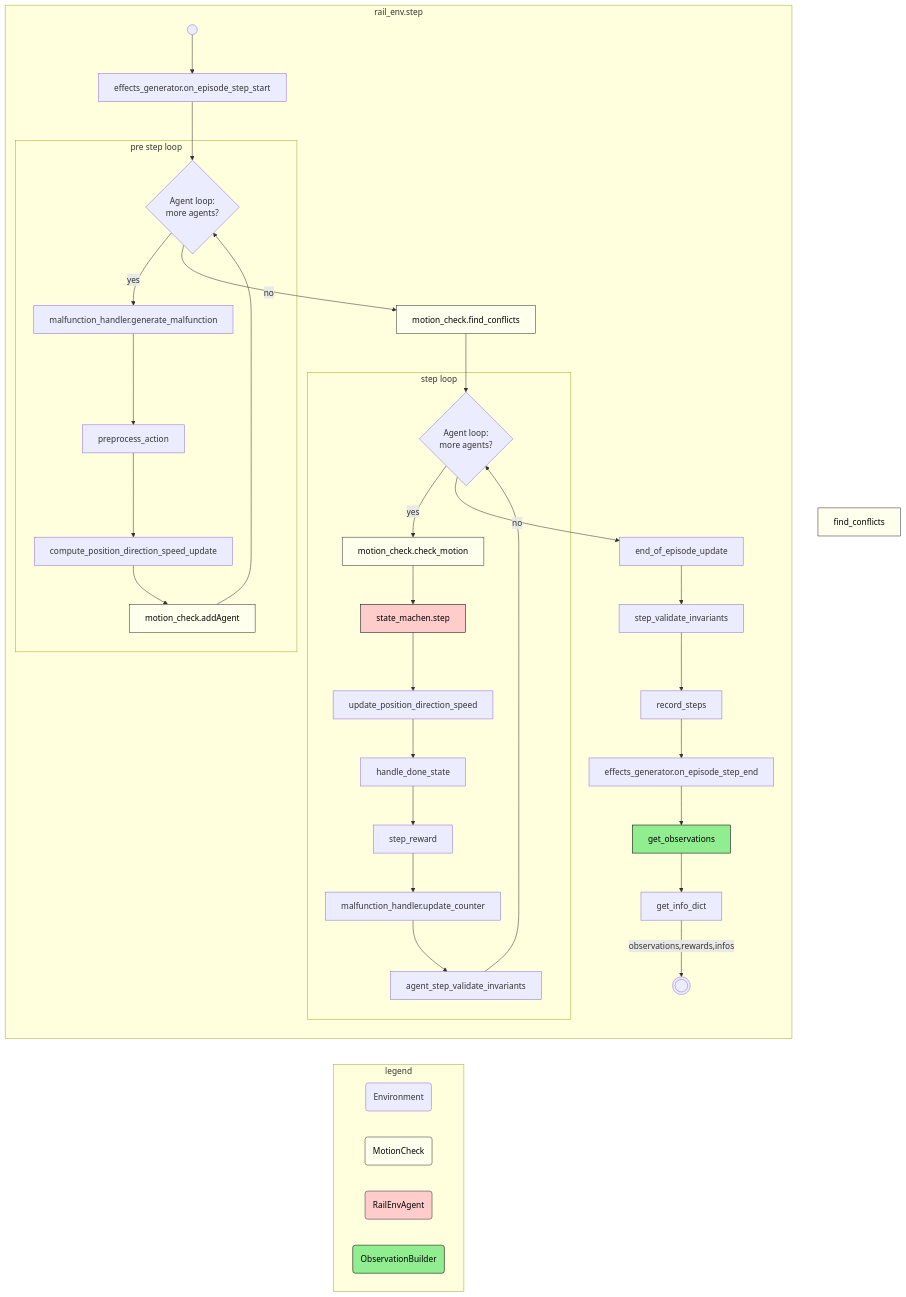
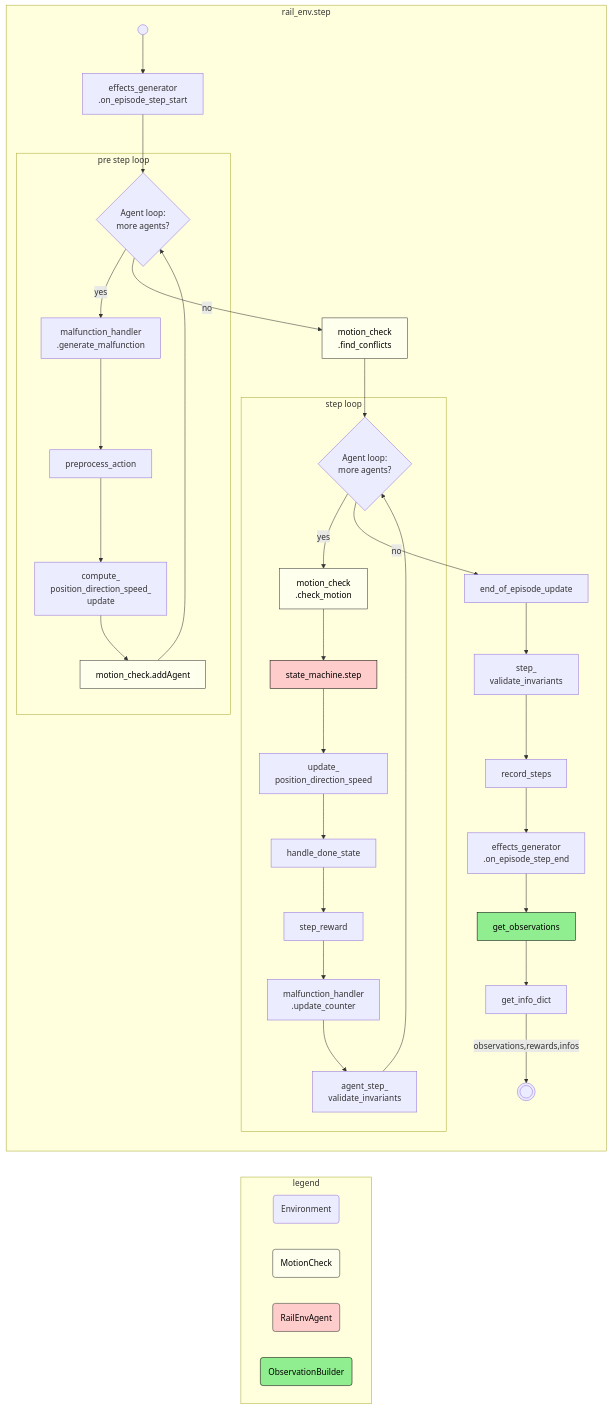
One commit to flatland-association/flatland-book changed the fourth of 5 diagrams in key-concepts/key_concepts.md. Above: the diagram before and after it, drawn with Mermaid. The commit also changed other lines of this file, not shown here.

Commit message:
Fix rendering.

````diff
--- a/key-concepts/key_concepts.md
+++ b/key-concepts/key_concepts.md
@@ -229,50 +229,49 @@
 ```mermaid
 flowchart TD
     subgraph rail_env.step
         direction TB
-        start(("&nbsp;")) --> effects_generator.on_episode_step_start
+        start(("&nbsp;")) --> effects_generator.on_episode_step_start[effects_generator<br/>.on_episode_step_start]
         effects_generator.on_episode_step_start --> pre_step_loop
         subgraph pre_step_loop_ [pre step loop]
-            pre_step_loop{Agent loop:<br/> more agents?} -->|yes| malfunction_handler.generate_malfunction
-            malfunction_handler.generate_malfunction --> preprocess_action
-            preprocess_action --> compute_position_direction_speed_update
+            pre_step_loop{Agent loop:<br/> more agents?} -->|yes| generate_malfunction[malfunction_handler<br/>.generate_malfunction]
+            generate_malfunction --> preprocess_action
+            preprocess_action --> compute_position_direction_speed_update[compute_<br/>position_direction_speed_<br/>update]
             compute_position_direction_speed_update --> motion_check.addAgent
             motion_check.addAgent --> pre_step_loop
         end
-        pre_step_loop -->|no| motion_check.find_conflicts
+        pre_step_loop -->|no| motion_check.find_conflicts[motion_check<br/>.find_conflicts]
         motion_check.find_conflicts --> step_loop
         subgraph step_loop_ [step loop]
-            step_loop{Agent loop:<br/> more agents?} -->|yes| motion_check.check_motion
-            motion_check.check_motion --> state_machen.step
-            state_machen.step --> update_position_direction_speed
+            step_loop{Agent loop:<br/> more agents?} -->|yes| motion_check.check_motion[motion_check<br/>.check_motion]
+            motion_check.check_motion --> state_machine.step
+            state_machine.step --> update_position_direction_speed[update_<br/>position_direction_speed]
             update_position_direction_speed --> handle_done_state
             handle_done_state --> step_reward
-            step_reward --> malfunction_handler.update_counter
-            malfunction_handler.update_counter --> agent_step_validate_invariants
+            step_reward --> malfunction_handler.update_counter[malfunction_handler<br/>.update_counter]
+            malfunction_handler.update_counter --> agent_step_validate_invariants[agent_step_<br/>validate_invariants]
             agent_step_validate_invariants --> step_loop
         end
         step_loop -->|no| end_of_episode_update
-        end_of_episode_update --> step_validate_invariants
+        end_of_episode_update --> step_validate_invariants[step_<br/>validate_invariants]
         step_validate_invariants --> record_steps
-        record_steps --> effects_generator.on_episode_step_end
+        record_steps --> effects_generator.on_episode_step_end[effects_generator<br/>.on_episode_step_end]
         effects_generator.on_episode_step_end --> get_observations
         get_observations --> get_info_dict
         get_info_dict -->|observations,rewards,infos| end_((("&nbsp;")))
     end
     subgraph legend
         Environment(Environment)
         MotionCheck(MotionCheck)
         RailEnvAgent(RailEnvAgent)
         ObservationBuilder(ObservationBuilder)
     end
     style MotionCheck fill: #ffe, stroke: #333, stroke-width: 1px, color: black
-    style find_conflicts fill: #ffe, stroke: #333, stroke-width: 1px, color: black
     style motion_check.check_motion fill: #ffe, stroke: #333, stroke-width: 1px, color: black
     style motion_check.find_conflicts fill: #ffe, stroke: #333, stroke-width: 1px, color: black
     style motion_check.addAgent fill: #ffe, stroke: #333, stroke-width: 1px, color: black
     style RailEnvAgent fill: #fcc, stroke: #333, stroke-width: 1px, color: black
-    style state_machen.step fill: #fcc, stroke: #000, stroke-width: 1px, color: black
+    style state_machine.step fill: #fcc, stroke: #000, stroke-width: 1px, color: black
     style ObservationBuilder fill: #90ee90, stroke: #000, stroke-width: 1px, color: black
     style get_observations fill: #90ee90, stroke: #000, stroke-width: 1px, color: black
     rail_env.step ~~~ legend
 ```
````
